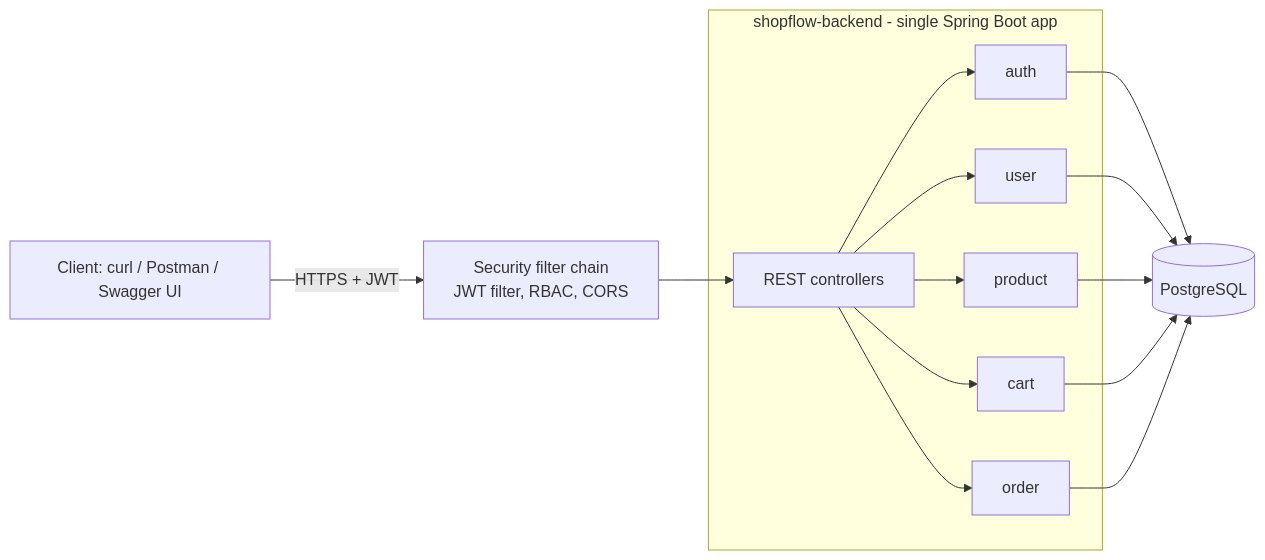
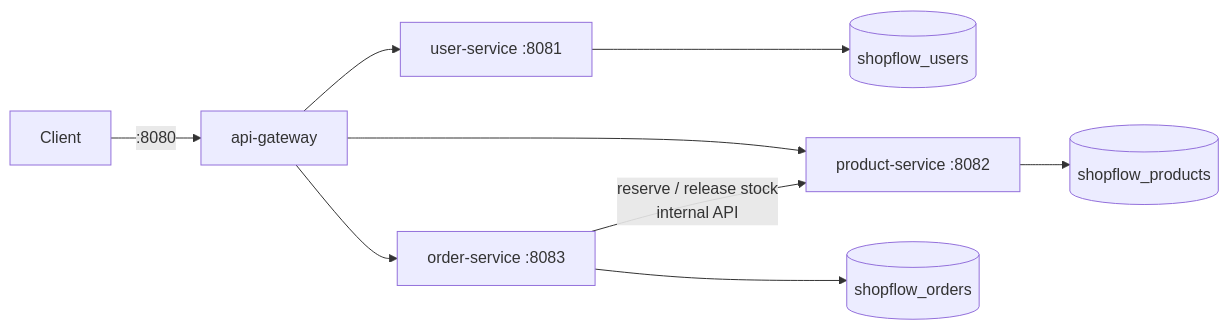
The first of 2 diagrams in README.md (ajyjandyal/shopflow), drawn with Mermaid before and after one commit. The commit also changed other lines of this file and 114 other files, not shown here.

Commit message:
feat: phase 2 microservices with API gateway and idempotent stock reservations

````diff
--- a/README.md
+++ b/README.md
@@ -23,13 +26,11 @@
 ```mermaid
 flowchart LR
-    Client[Client: curl / Postman / Swagger UI] -->|HTTPS + JWT| Sec[Security filter chain<br/>JWT filter, RBAC, CORS]
-    Sec --> Ctl[REST controllers]
-    subgraph App[shopflow-backend - single Spring Boot app]
-        Ctl --> Auth[auth]
-        Ctl --> Usr[user]
-        Ctl --> Prod[product]
-        Ctl --> Cart[cart]
-        Ctl --> Ord[order]
-    end
-    Auth & Usr & Prod & Cart & Ord --> DB[(PostgreSQL)]
+    C[Client] -->|:8080| GW[api-gateway]
+    GW --> US[user-service :8081]
+    GW --> PS[product-service :8082]
+    GW --> OS[order-service :8083]
+    OS -->|reserve / release stock<br/>internal API| PS
+    US --> UDB[(shopflow_users)]
+    PS --> PDB[(shopflow_products)]
+    OS --> ODB[(shopflow_orders)]
 ```
````
